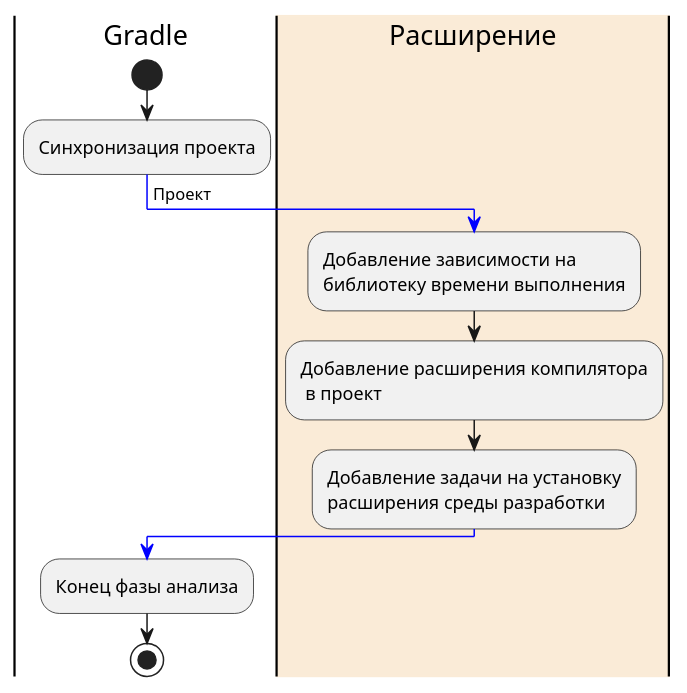
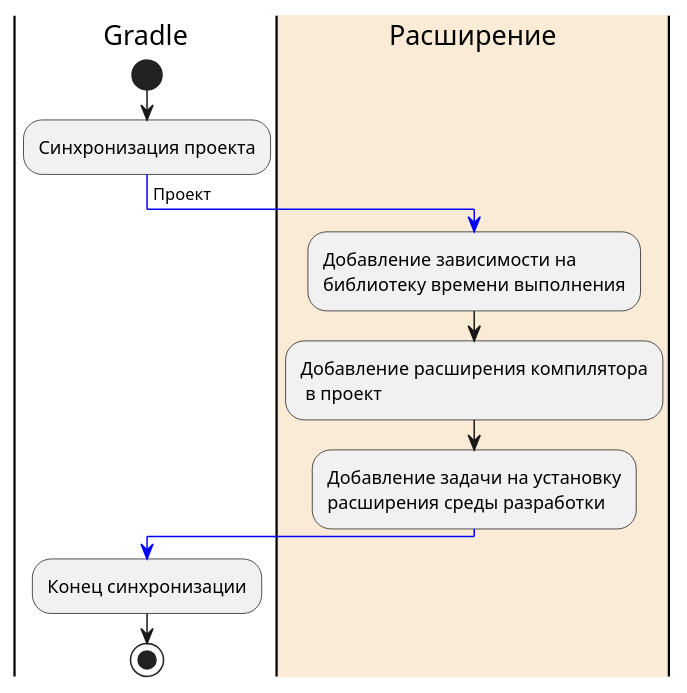
Before and after one commit to koperagen/konnekt: the diagram in docs/integration_gradle.puml, drawn with PlantUML. The commit also changed 3 other files, not shown here.

```diff
--- a/docs/integration_gradle.puml
+++ b/docs/integration_gradle.puml
@@ -1,19 +1,19 @@
 @startuml
 
 |Gradle|
 start
 :Синхронизация проекта;
  -[#blue]-> Проект;
 |#AntiqueWhite|Расширение|
 :Добавление зависимости на
 библиотеку времени выполнения;
 :Добавление расширения компилятора
  в проект;
 :Добавление задачи на установку
 расширения среды разработки;
  -[#blue]->;
 |Gradle|
-:Конец фазы анализа;
+:Конец синхронизации;
 stop
 
 @enduml
```
